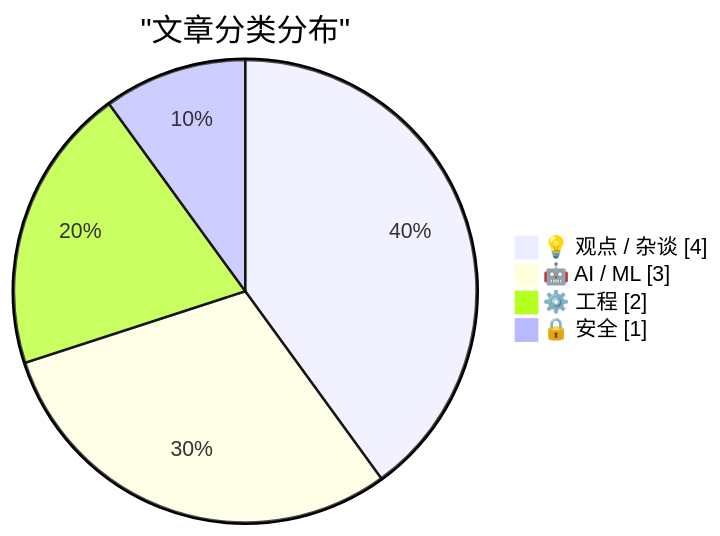
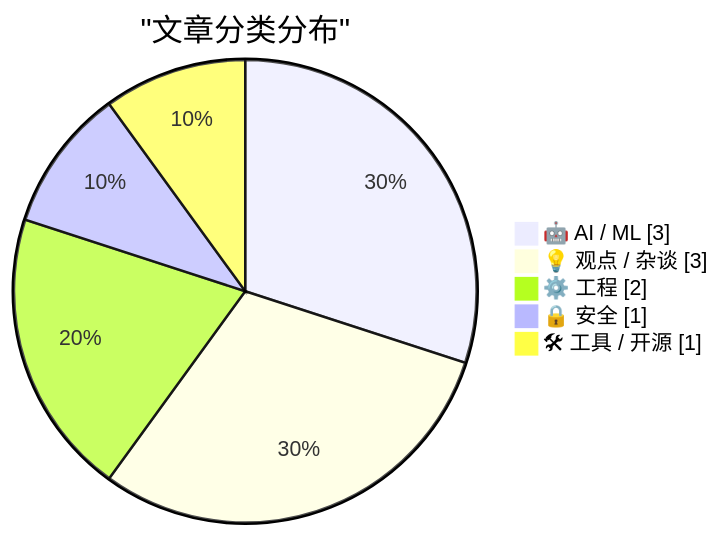
The first of 2 diagrams in content/ai-daily/2026-03-15.md (originem0/SZBlog), drawn with Mermaid before and after one commit. The commit also changed other lines of this file, not shown here.

````diff
--- a/content/ai-daily/2026-03-15.md
+++ b/content/ai-daily/2026-03-15.md
@@ -54,8 +62,9 @@
 ```mermaid
 pie showData
     title "文章分类分布"
-    "💡 观点 / 杂谈" : 4
     "🤖 AI / ML" : 3
+    "💡 观点 / 杂谈" : 3
     "⚙️ 工程" : 2
     "🔒 安全" : 1
+    "🛠 工具 / 开源" : 1
 ```
````
